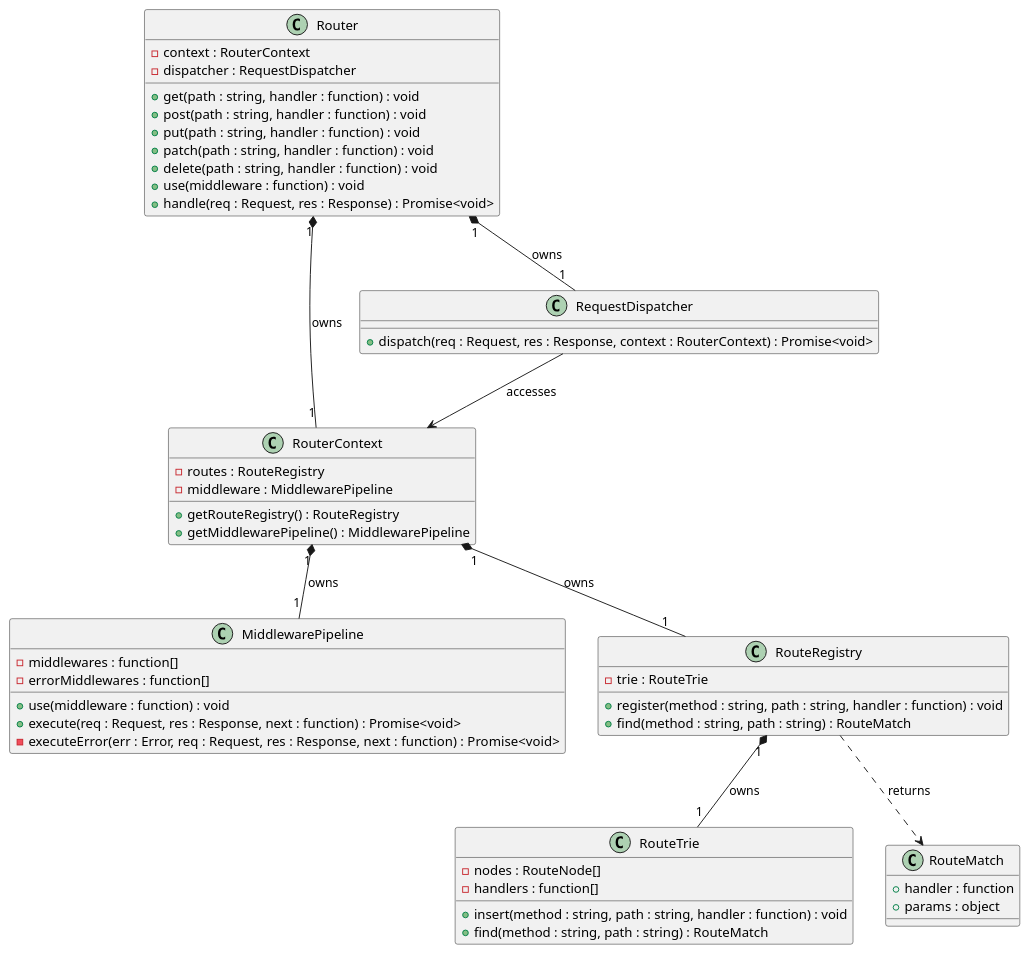
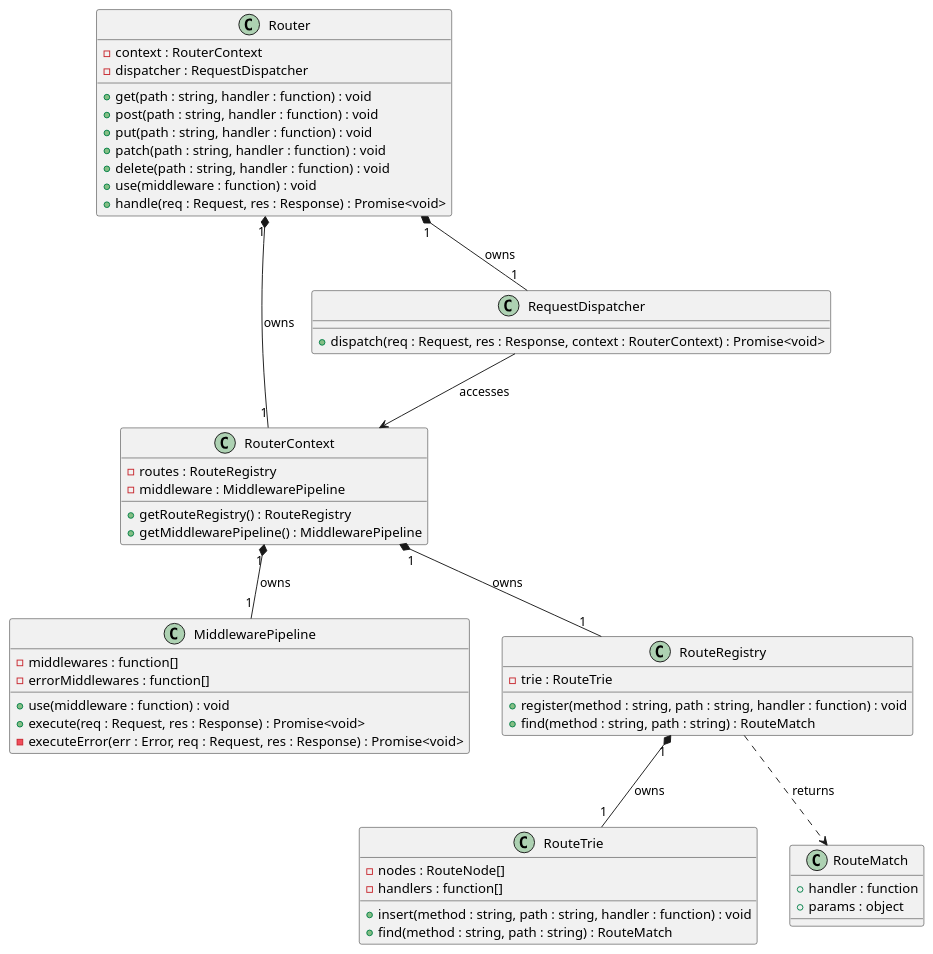
One commit to Ali-Wael-Hassan/duck-node-router changed the diagram in docs/class diagrams/diagram.puml. Above: the diagram before and after it, drawn with PlantUML. The commit also changed 8 other files, not shown here.

Commit message:
Implemented RequestDispatcher, and Router. Updated: README, Class Diagram, and Sequence Diagrams so that it match the new design and progress

```diff
--- a/docs/class diagrams/diagram.puml
+++ b/docs/class diagrams/diagram.puml
@@ -1,68 +1,68 @@
 @startuml Router
 
 class RouterContext {
     {field} - routes : RouteRegistry
     {field} - middleware : MiddlewarePipeline
 
     {method} + getRouteRegistry() : RouteRegistry
     {method} + getMiddlewarePipeline() : MiddlewarePipeline
 }
 
 class Router {
     {field} - context : RouterContext
     {field} - dispatcher : RequestDispatcher
 
     {method} + get(path : string, handler : function) : void
     {method} + post(path : string, handler : function) : void
     {method} + put(path : string, handler : function) : void
     {method} + patch(path : string, handler : function) : void
     {method} + delete(path : string, handler : function) : void
     {method} + use(middleware : function) : void
     {method} + handle(req : Request, res : Response) : Promise<void>
 }
 
 class MiddlewarePipeline {
     {field} - middlewares : function[]
     {field} - errorMiddlewares : function[]
 
     {method} + use(middleware : function) : void
-    {method} + execute(req : Request, res : Response, next : function) : Promise<void>
-    {method} - executeError(err : Error, req : Request, res : Response, next : function) : Promise<void>
+    {method} + execute(req : Request, res : Response) : Promise<void>
+    {method} - executeError(err : Error, req : Request, res : Response) : Promise<void>
 }
 
 class RouteRegistry {
     {field} - trie : RouteTrie
 
     {method} + register(method : string, path : string, handler : function) : void
     {method} + find(method : string, path : string) : RouteMatch
 }
 
 class RouteTrie {
     {field} - nodes : RouteNode[]
     {field} - handlers : function[]
 
     {method} + insert(method : string, path : string, handler : function) : void
     {method} + find(method : string, path : string) : RouteMatch
 }
 
 class RequestDispatcher {
     {method} + dispatch(req : Request, res : Response, context : RouterContext) : Promise<void>
 }
 
 class RouteMatch {
     {field} + handler : function
     {field} + params : object
 }
 
 Router "1" *-- "1" RouterContext : owns
 Router "1" *-- "1" RequestDispatcher : owns
 
 RouterContext "1" *-- "1" RouteRegistry : owns
 RouterContext "1" *-- "1" MiddlewarePipeline : owns
 
 RouteRegistry "1" *-- "1" RouteTrie : owns
 RouteRegistry ..> RouteMatch : returns
 
 RequestDispatcher --> RouterContext : accesses
 
 @enduml
```
